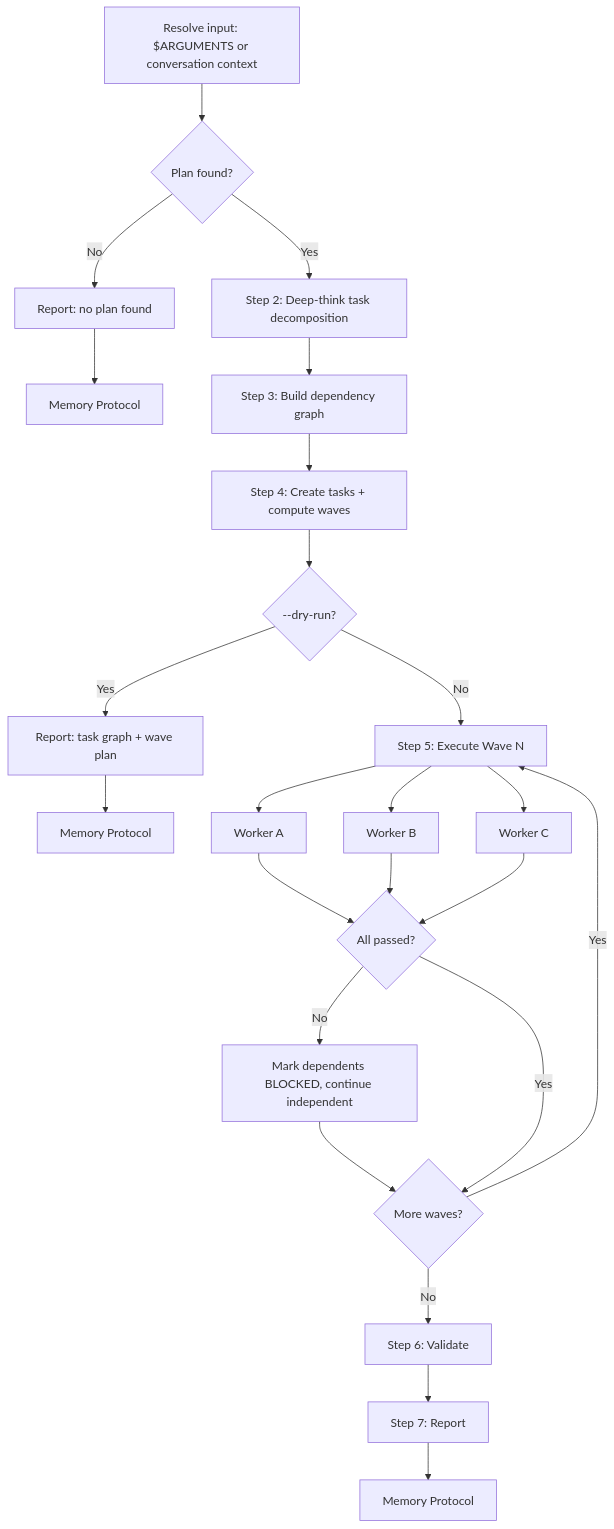
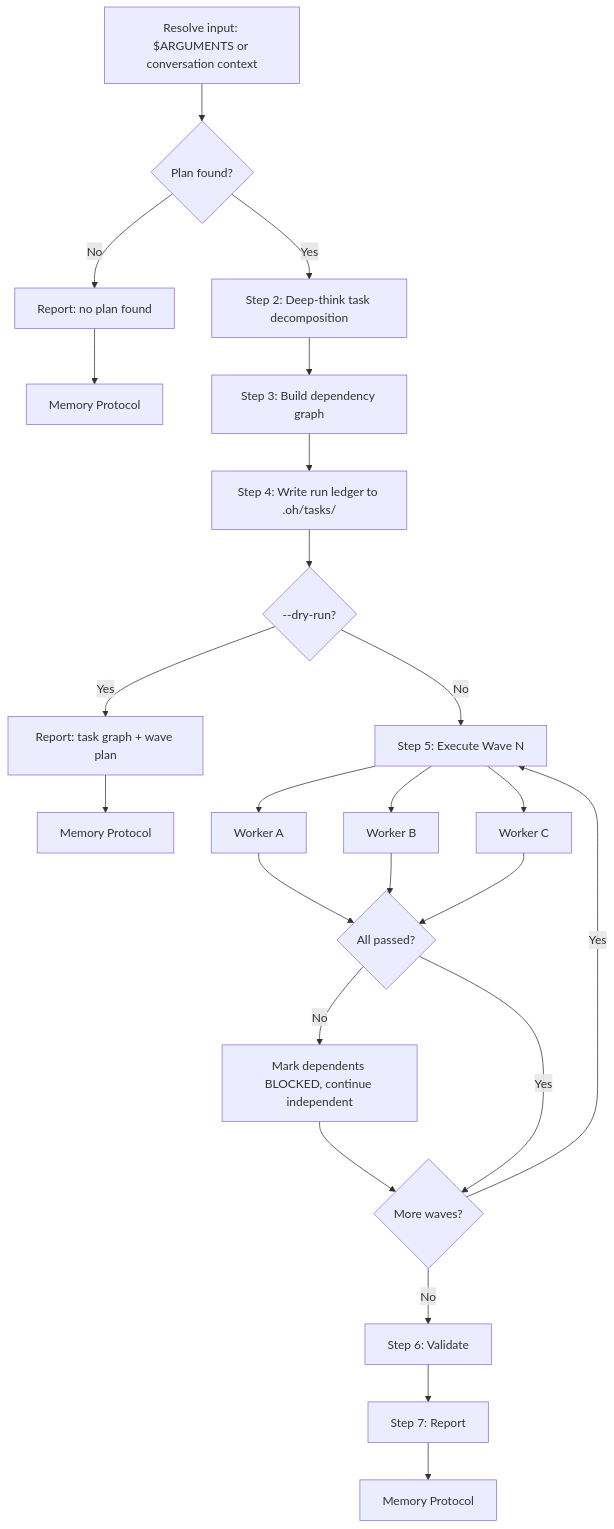
Before and after one commit to mifunedev/openharness: the diagram in .oh/skills/delegate/SKILL.md, drawn with Mermaid. The commit also changed other lines of this file and 2 other files, not shown here.

First line of the commit message:
fix(delegate): track the wave graph in the .oh/tasks ledger

````diff
--- a/.oh/skills/delegate/SKILL.md
+++ b/.oh/skills/delegate/SKILL.md
@@ -40,26 +40,26 @@
 ```mermaid
 flowchart TD
     A["Resolve input: $ARGUMENTS or conversation context"] --> B{Plan found?}
     B -->|No| FAIL["Report: no plan found"]
     FAIL --> MEM_FAIL[Memory Protocol]
 
     B -->|Yes| C["Step 2: Deep-think task decomposition"]
     C --> D["Step 3: Build dependency graph"]
-    D --> E["Step 4: Create tasks + compute waves"]
+    D --> E["Step 4: Write run ledger to .oh/tasks/"]
     E --> F{--dry-run?}
     F -->|Yes| DRY["Report: task graph + wave plan"]
     DRY --> MEM_DRY[Memory Protocol]
 
     F -->|No| G["Step 5: Execute Wave N"]
     G --> G1["Worker A"]
     G --> G2["Worker B"]
     G --> G3["Worker C"]
     G1 & G2 & G3 --> H{All passed?}
     H -->|No| I["Mark dependents BLOCKED, continue independent"]
     I --> J{More waves?}
     H -->|Yes| J
     J -->|Yes| G
     J -->|No| K["Step 6: Validate"]
     K --> L["Step 7: Report"]
     L --> MEM_OP[Memory Protocol]
 ```
````
